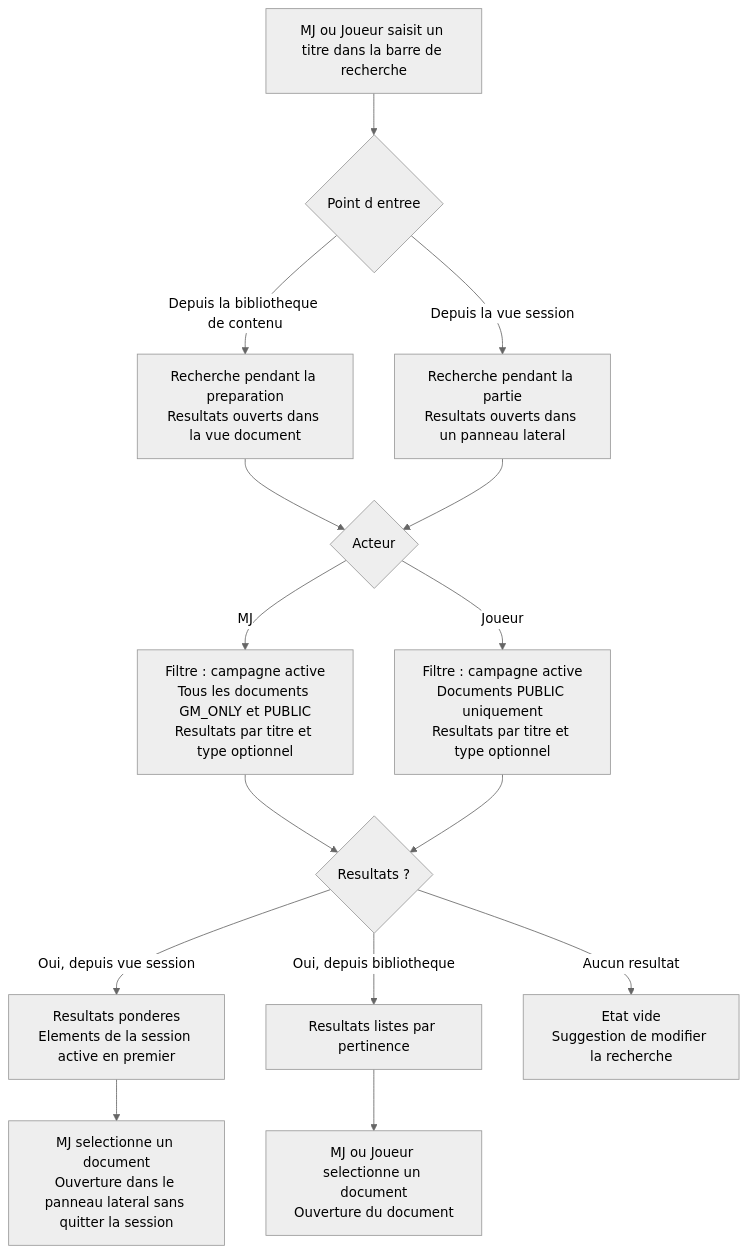
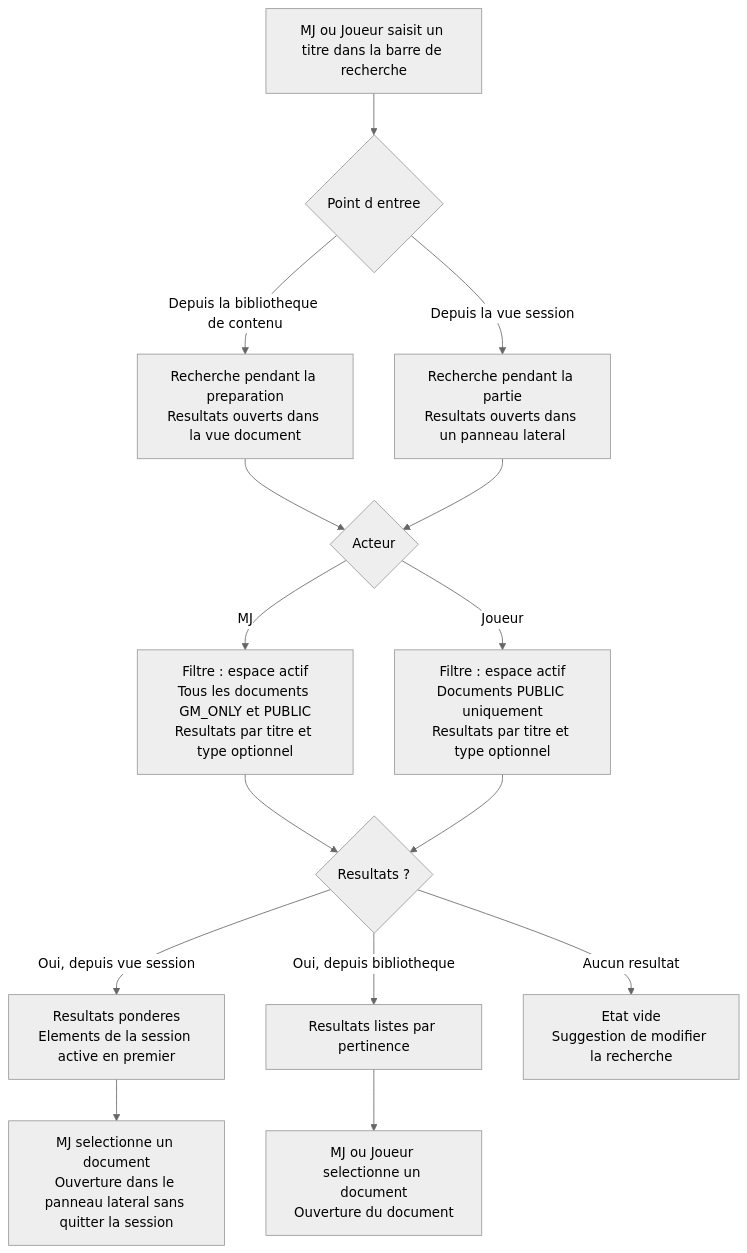
One commit to 2025-10-CDA-ECO-P6/PM-micro-saas changed the first of 2 diagrams in docs/conception/user-stories/US-UC-14-recherche.md. Above: the diagram before and after it, drawn with Mermaid (neutral theme). The commit also changed other lines of this file and 84 other files, not shown here.

````diff
--- a/docs/conception/user-stories/US-UC-14-recherche.md
+++ b/docs/conception/user-stories/US-UC-14-recherche.md
@@ -48,23 +48,23 @@
 ```mermaid
 flowchart TD
     A[MJ ou Joueur saisit un titre dans la barre de recherche] --> B{Point d entree}
 
     B -->|Depuis la bibliotheque de contenu| C[Recherche pendant la preparation\nResultats ouverts dans la vue document]
     B -->|Depuis la vue session| D[Recherche pendant la partie\nResultats ouverts dans un panneau lateral]
 
     C --> E{Acteur}
     D --> E
 
-    E -->|MJ| F[Filtre : campagne active\nTous les documents GM_ONLY et PUBLIC\nResultats par titre et type optionnel]
-    E -->|Joueur| G[Filtre : campagne active\nDocuments PUBLIC uniquement\nResultats par titre et type optionnel]
+    E -->|MJ| F[Filtre : espace actif\nTous les documents GM_ONLY et PUBLIC\nResultats par titre et type optionnel]
+    E -->|Joueur| G[Filtre : espace actif\nDocuments PUBLIC uniquement\nResultats par titre et type optionnel]
 
     F --> H{Resultats ?}
     G --> H
 
     H -->|Oui, depuis vue session| I[Resultats ponderes\nElements de la session active en premier]
     H -->|Oui, depuis bibliotheque| J[Resultats listes par pertinence]
     H -->|Aucun resultat| K[Etat vide\nSuggestion de modifier la recherche]
 
     I --> L[MJ selectionne un document\nOuverture dans le panneau lateral sans quitter la session]
     J --> M[MJ ou Joueur selectionne un document\nOuverture du document]
 ```
````
